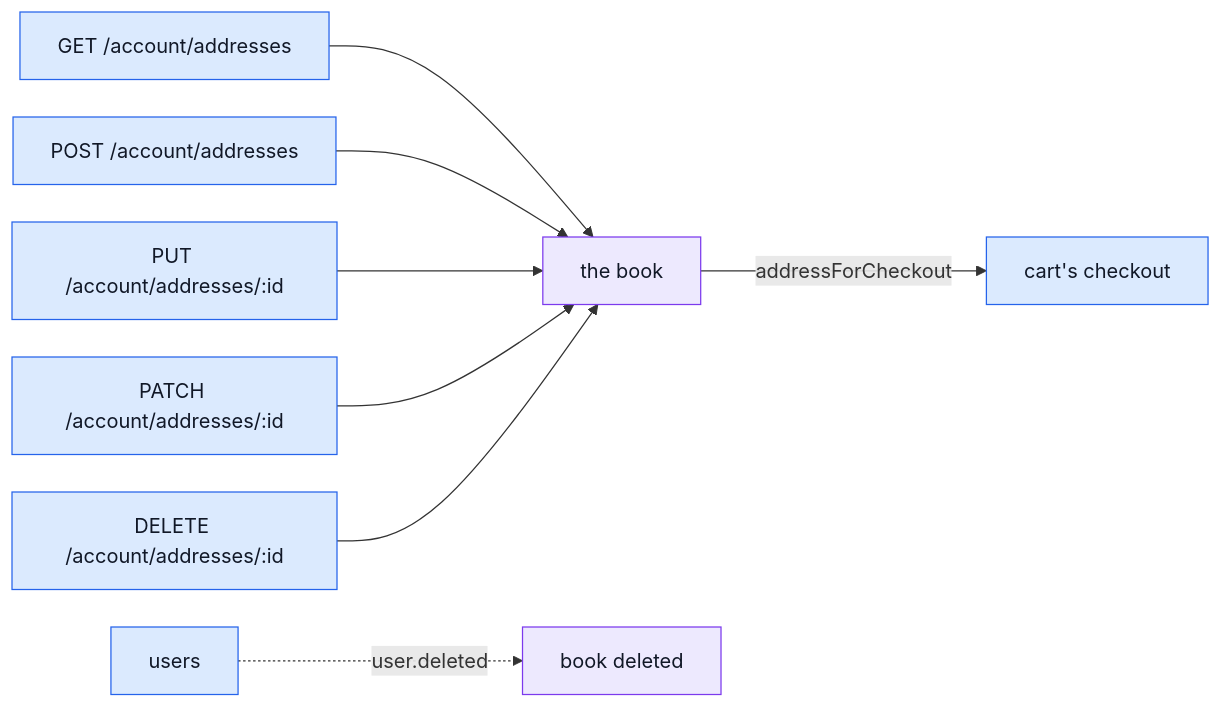
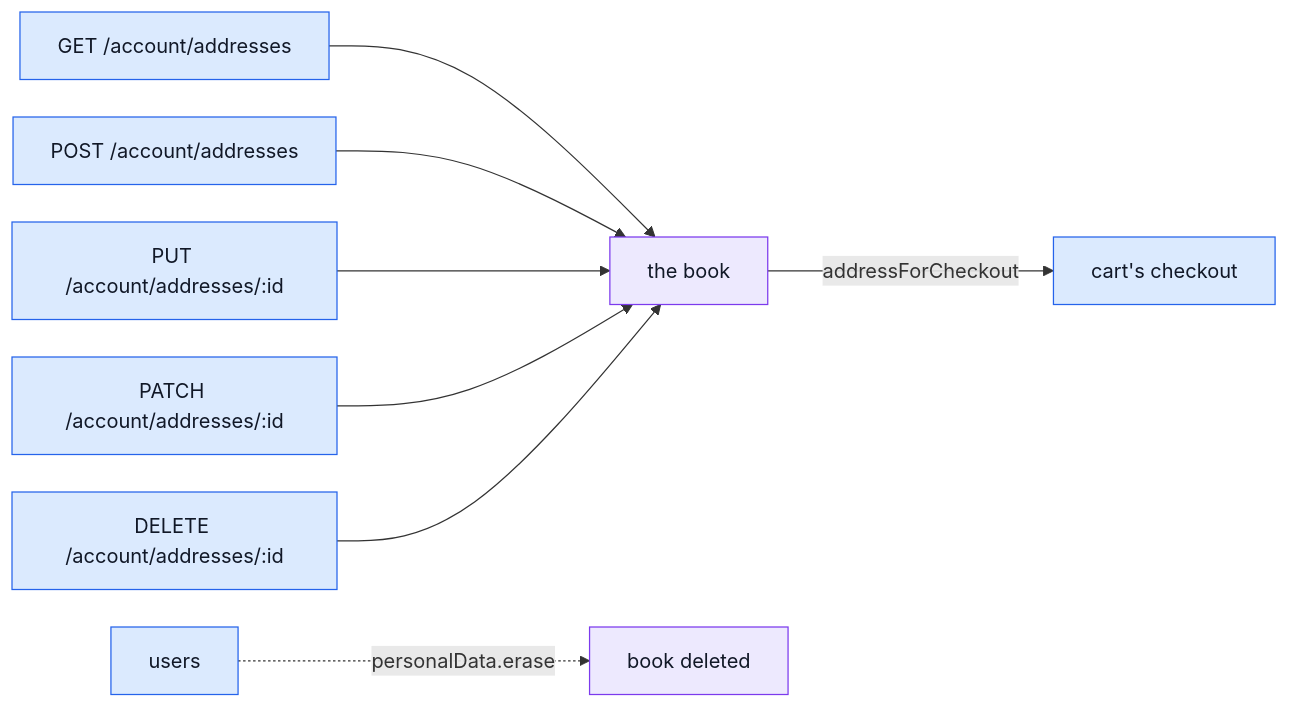
One commit to Guebbit/boilerplate-node-backend changed the second of 2 diagrams in docs/modules/addresses.md. Above: the diagram before and after it, drawn with Mermaid. The commit also changed other lines of this file and 7 other files, not shown here.

First line of the commit message:
docs(docs): describe the erase hook, not the removed user.deleted event

````diff
--- a/docs/modules/addresses.md
+++ b/docs/modules/addresses.md
@@ -68,18 +68,18 @@
 ```mermaid
 %%{init: {'flowchart': {'nodeSpacing': 30, 'rankSpacing': 55}}}%%
 flowchart LR
     G["GET /account/addresses"] --> B["the book"]
     A["POST /account/addresses"] --> B
     U["PUT /account/addresses/:id"] --> B
     PA["PATCH /account/addresses/:id"] --> B
     D["DELETE /account/addresses/:id"] --> B
     B -->|"addressForCheckout"| C["cart's checkout"]
-    US["users"] -. "user.deleted" .-> X["book deleted"]
+    US["users"] -. "personalData.erase" .-> X["book deleted"]
 
     classDef entry fill:#dbeafe,stroke:#2563eb,color:#111827;
     classDef own fill:#ede9fe,stroke:#7c3aed,color:#111827;
     classDef peer fill:#dbeafe,stroke:#2563eb,color:#111827;
     class G,A,U,PA,D entry;
     class B,X own;
     class C,US peer;
 ```
````
